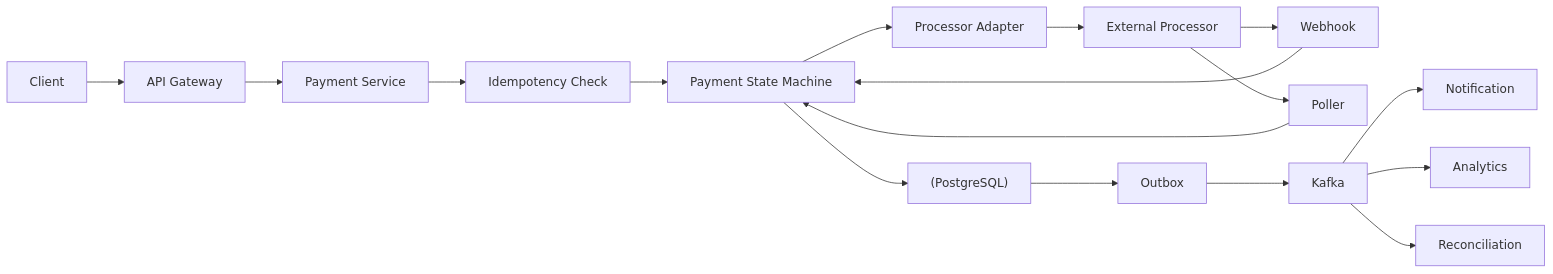
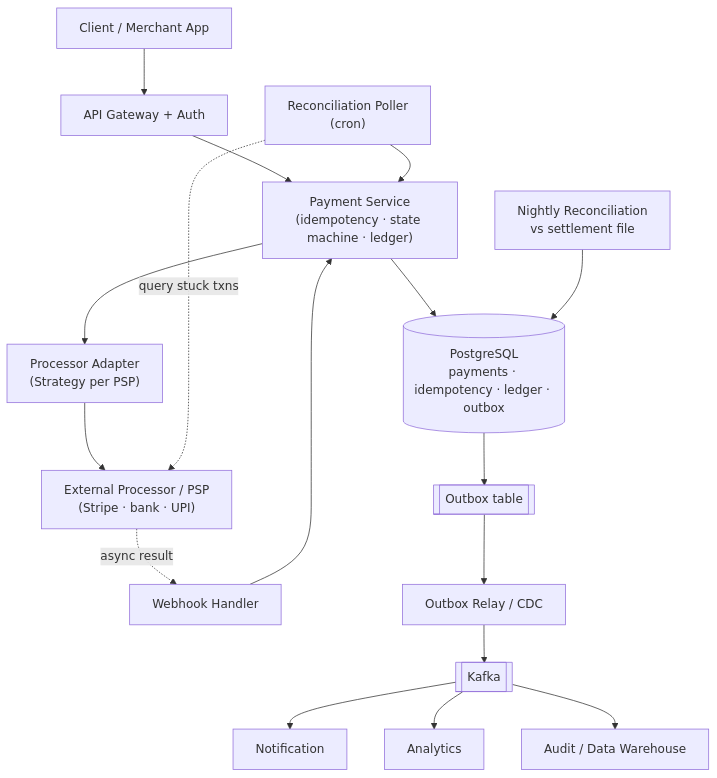
One commit to pankajThakur1874/studysheet changed the first of 8 diagrams in files/07-design-questions/01-payment-system.md. Above: the diagram before and after it, drawn with Mermaid. The commit also changed other lines of this file and 6 other files, not shown here.

````diff
--- a/files/07-design-questions/01-payment-system.md
+++ b/files/07-design-questions/01-payment-system.md
@@ -89,19 +158,22 @@
 ```mermaid
-flowchart LR
-    C[Client] --> G[API Gateway]
-    G --> P[Payment Service]
-    P --> I[Idempotency Check]
-    I --> S[Payment State Machine]
-    S --> D["(PostgreSQL)"]
-    S --> X[Processor Adapter]
-    X --> EP[External Processor]
-    EP --> W[Webhook]
-    EP --> POL[Poller]
-    W --> S
-    POL --> S
-    D --> O[Outbox]
-    O --> K[Kafka]
+flowchart TD
+    C[Client / Merchant App] --> G[API Gateway + Auth]
+    G --> PS["Payment Service<br/>(idempotency · state machine · ledger)"]
+    PS --> DB[("PostgreSQL<br/>payments · idempotency · ledger · outbox")]
+    PS --> PA["Processor Adapter<br/>(Strategy per PSP)"]
+    PA --> EP["External Processor / PSP<br/>(Stripe · bank · UPI)"]
+
+    EP -. async result .-> WH[Webhook Handler]
+    WH --> PS
+
+    POL["Reconciliation Poller<br/>(cron)"] -. query stuck txns .-> EP
+    POL --> PS
+
+    REC["Nightly Reconciliation<br/>vs settlement file"] --> DB
+
+    DB --> OBX[["Outbox table"]]
+    OBX --> REL["Outbox Relay / CDC"] --> K[["Kafka"]]
     K --> N[Notification]
-    K --> A[Analytics]
-    K --> R[Reconciliation]
+    K --> AN[Analytics]
+    K --> AUD[Audit / Data Warehouse]
 ```
````
